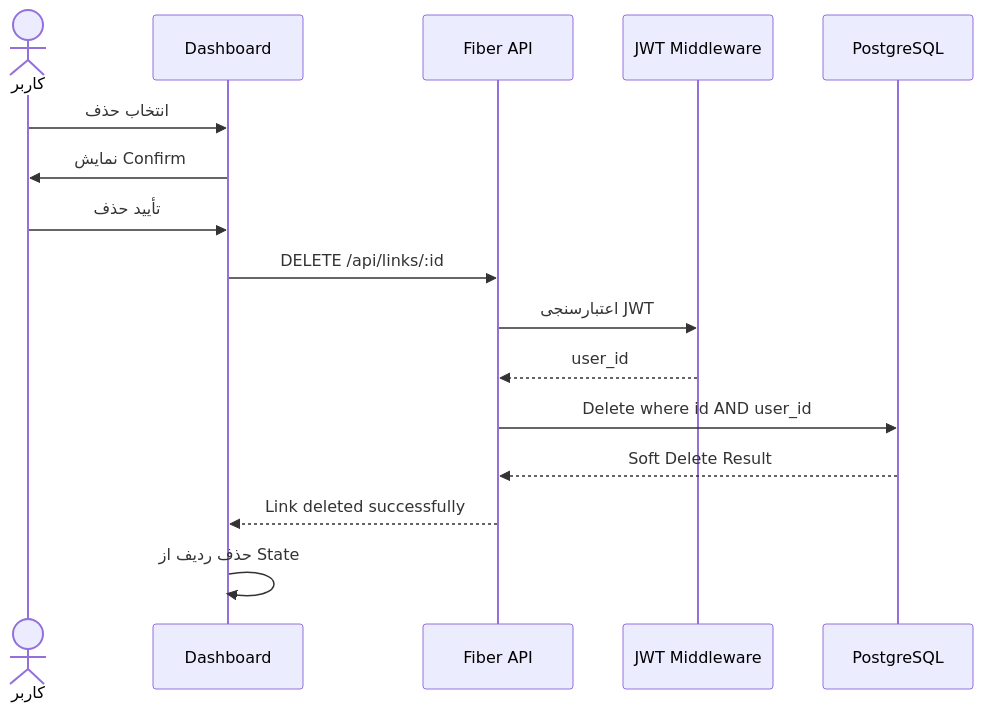
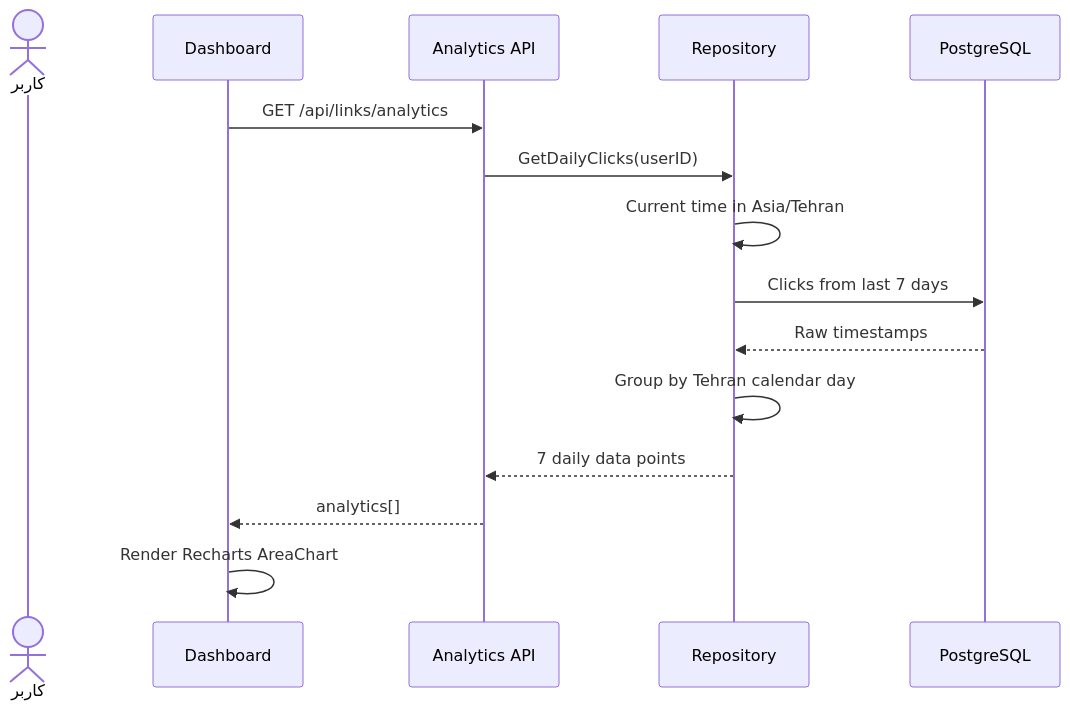
The sixth of 7 diagrams in README.md (AmirMotefaker/LinkResan), drawn with Mermaid before and after one commit. The commit also changed other lines of this file, not shown here.

Commit message:
v2.0.0: Advanced Analytics, Shamsi Calendar, Persian Digits, UI/UX polish

````diff
--- a/README.md
+++ b/README.md
@@ -363,19 +550,18 @@
 ```mermaid
 sequenceDiagram
     actor User as کاربر
     participant UI as Dashboard
-    participant API as Fiber API
-    participant Auth as JWT Middleware
+    participant API as Analytics API
+    participant Repo as Repository
     participant DB as PostgreSQL
 
-    User->>UI: انتخاب حذف
-    UI->>User: نمایش Confirm
-    User->>UI: تأیید حذف
-    UI->>API: DELETE /api/links/:id
-    API->>Auth: اعتبارسنجی JWT
-    Auth-->>API: user_id
-    API->>DB: Delete where id AND user_id
-    DB-->>API: Soft Delete Result
-    API-->>UI: Link deleted successfully
-    UI->>UI: حذف ردیف از State
+    UI->>API: GET /api/links/analytics
+    API->>Repo: GetDailyClicks(userID)
+    Repo->>Repo: Current time in Asia/Tehran
+    Repo->>DB: Clicks from last 7 days
+    DB-->>Repo: Raw timestamps
+    Repo->>Repo: Group by Tehran calendar day
+    Repo-->>API: 7 daily data points
+    API-->>UI: analytics[]
+    UI->>UI: Render Recharts AreaChart
 ```
````
